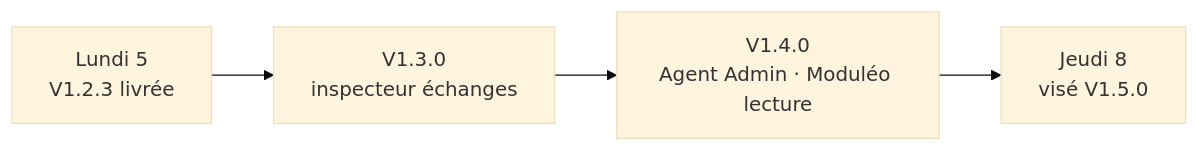
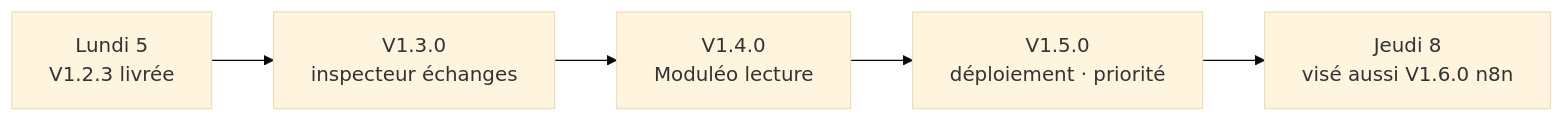
The second of 2 diagrams in README.md (UlyssouLV/BBASS-Agents-IA), drawn with Mermaid (base theme) before and after one commit. The commit also changed other lines of this file and 29 other files, not shown here.

````diff
--- a/README.md
+++ b/README.md
@@ -37,6 +37,7 @@
 ```mermaid
 flowchart LR
   L05["Lundi 5<br/>V1.2.3 livrée"] --> V130["V1.3.0<br/>inspecteur échanges"]
-  V130 --> V140["V1.4.0<br/>Agent Admin · Moduléo lecture"]
-  V140 --> V08["Jeudi 8<br/>visé V1.5.0"]
+  V130 --> V140["V1.4.0<br/>Moduléo lecture"]
+  V140 --> V150["V1.5.0<br/>déploiement · priorité"]
+  V150 --> V08["Jeudi 8<br/>visé aussi V1.6.0 n8n"]
 ```
````
